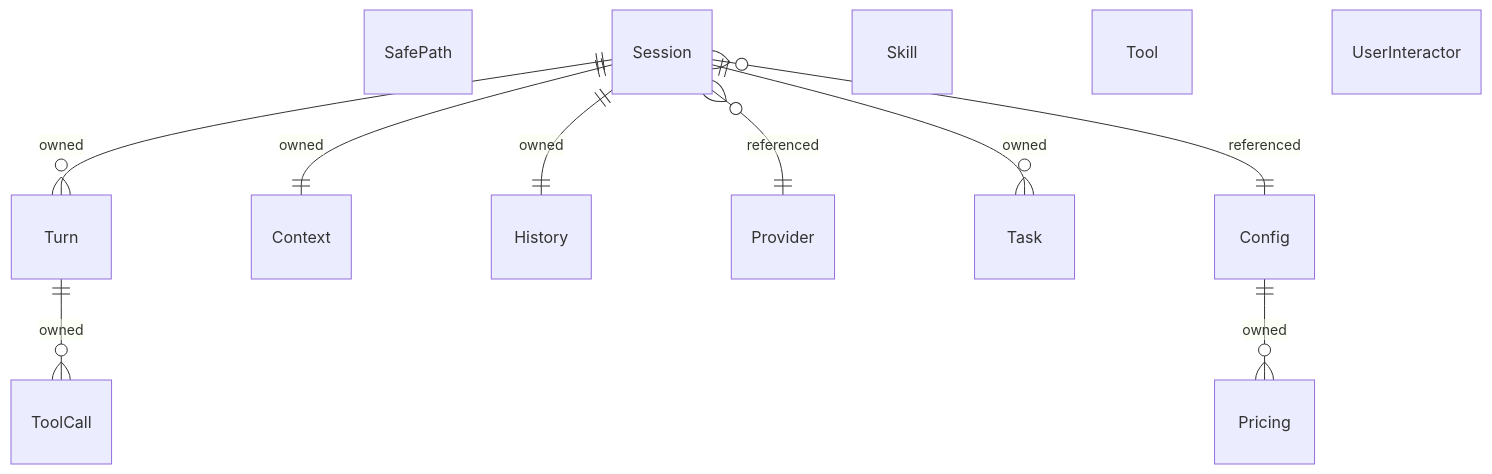
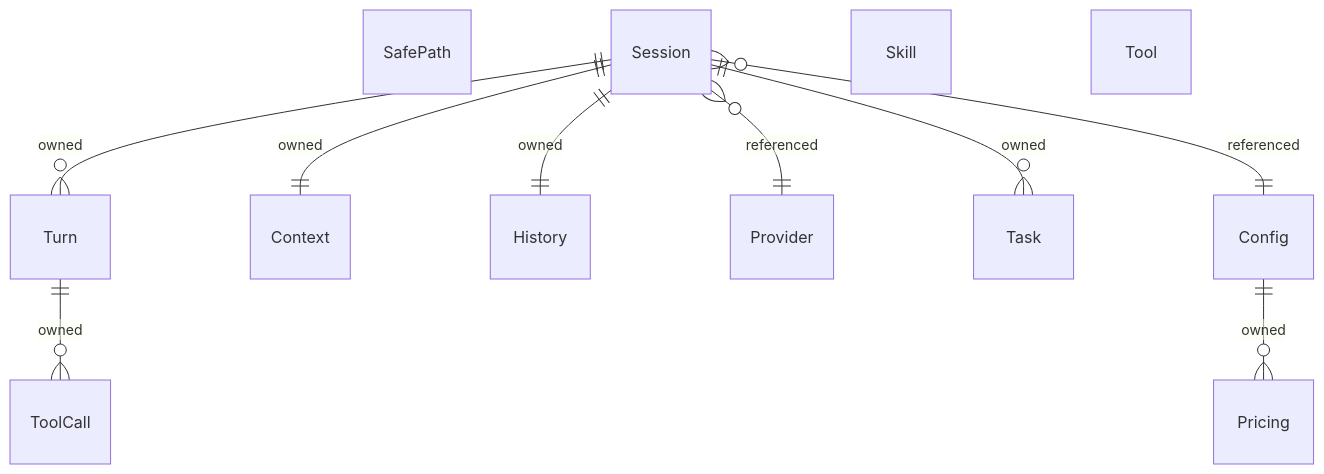
Before and after one commit to gosharplite/tell-me-go: the diagram in docs/domain-model/tell-me-go.modelith.md, drawn with Mermaid. The commit also changed other lines of this file and 1 other file, not shown here.

First line of the commit message:
domain-model: move UserInteractor from entity to glossary

````diff
--- a/docs/domain-model/tell-me-go.modelith.md
+++ b/docs/domain-model/tell-me-go.modelith.md
@@ -323,24 +317,23 @@
 ```mermaid
 erDiagram
     Config {}
     Context {}
     History {}
     Pricing {}
     Provider {}
     SafePath {}
     Session {}
     Skill {}
     Task {}
     Tool {}
     ToolCall {}
     Turn {}
-    UserInteractor {}
     Config ||--o{ Pricing : "owned"
     Session ||--o{ Turn : "owned"
     Session }o--|| Config : "referenced"
     Session }o--|| Provider : "referenced"
     Session ||--|| History : "owned"
     Session ||--|| Context : "owned"
     Session ||--o{ Task : "owned"
     Turn ||--o{ ToolCall : "owned"
 ```
````
